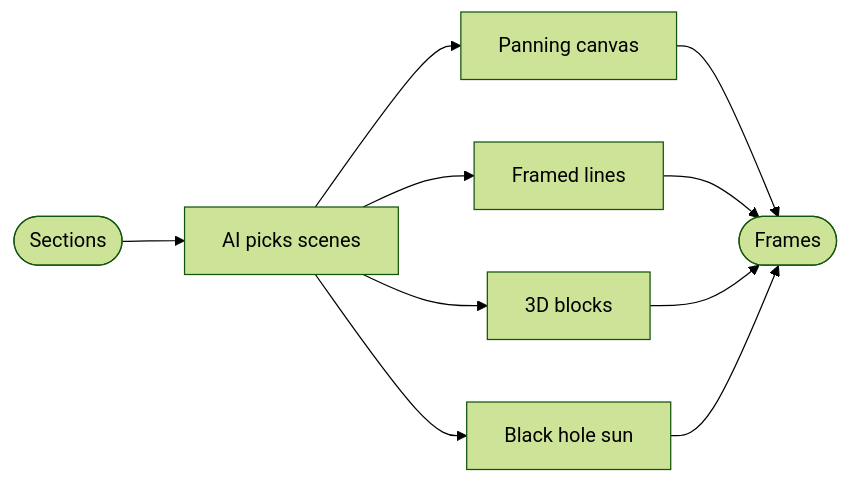
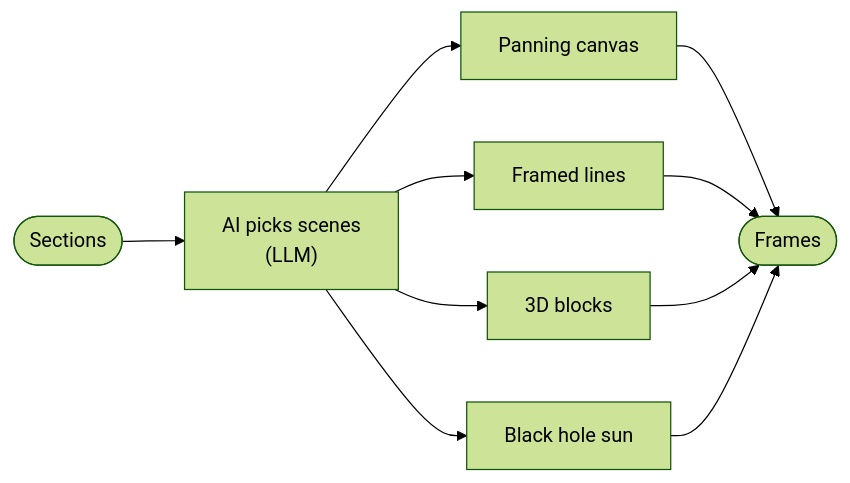
One commit to joncastillo/Kinetic_Lyrics changed the second of 2 diagrams in README.md. Above: the diagram before and after it, drawn with Mermaid (forest theme). The commit also changed other lines of this file and 49 other files, not shown here.

````diff
--- a/README.md
+++ b/README.md
@@ -213,9 +153,9 @@
 ```mermaid
 flowchart LR
-    S([Sections]) --> A[AI picks scenes]
+    S([Sections]) --> A["AI picks scenes<br/>(LLM)"]
     A --> P[Panning canvas]
     A --> F[Framed lines]
     A --> B[3D blocks]
     A --> C[Black hole sun]
     P & F & B & C --> V([Frames])
 ```
````
